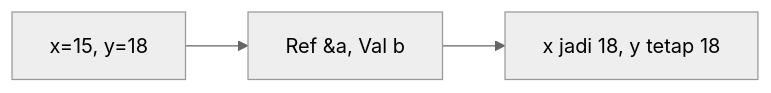
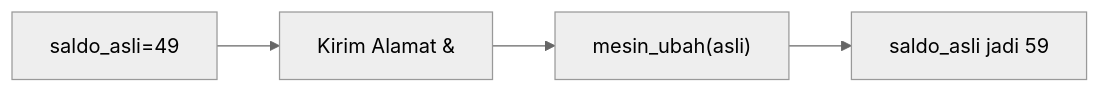
The sixth of 25 diagrams in part-c-pemahaman-cpp/04-fungsi/latihan/set-07.md (amnahwaida/OSNK_INF_PREP), drawn with Mermaid (neutral theme) before and after one commit. The commit also changed other lines of this file and 71 other files, not shown here.

````diff
--- a/part-c-pemahaman-cpp/04-fungsi/latihan/set-07.md
+++ b/part-c-pemahaman-cpp/04-fungsi/latihan/set-07.md
@@ -153,5 +161,6 @@
 ```mermaid
 graph LR
-A["x=15, y=18"] --> B["Ref &a, Val b"]
-B --> C["x jadi 18, y tetap 18"]
+A["saldo_asli=49"] --> B["Kirim Alamat &"]
+B --> C["mesin_ubah(asli)"]
+C --> D["saldo_asli jadi 59"]
 ```
````
